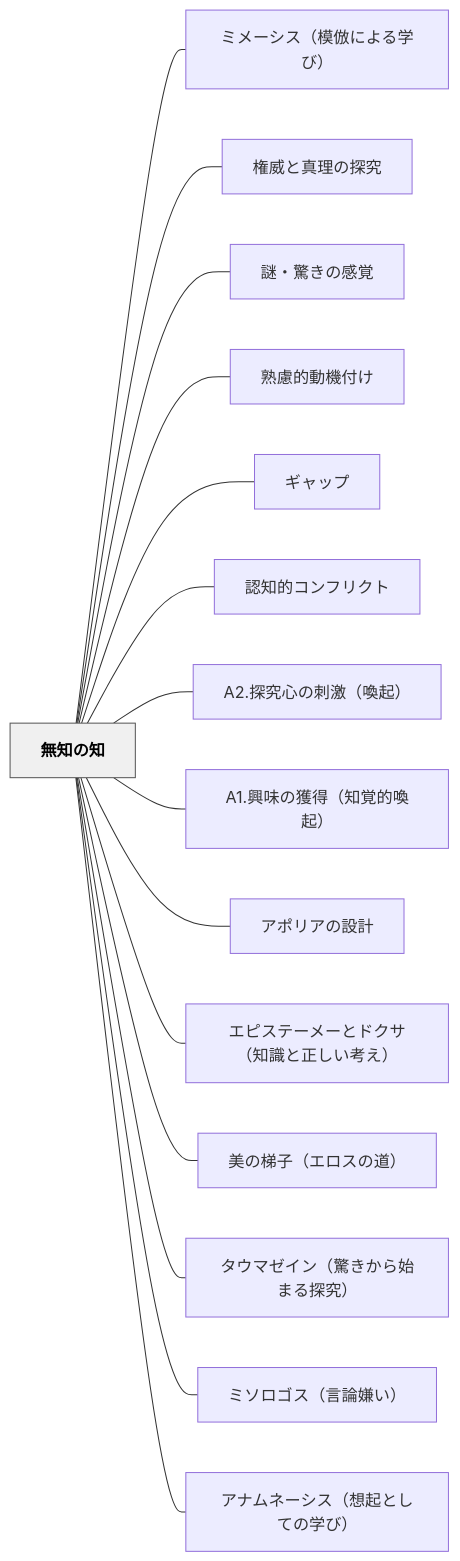
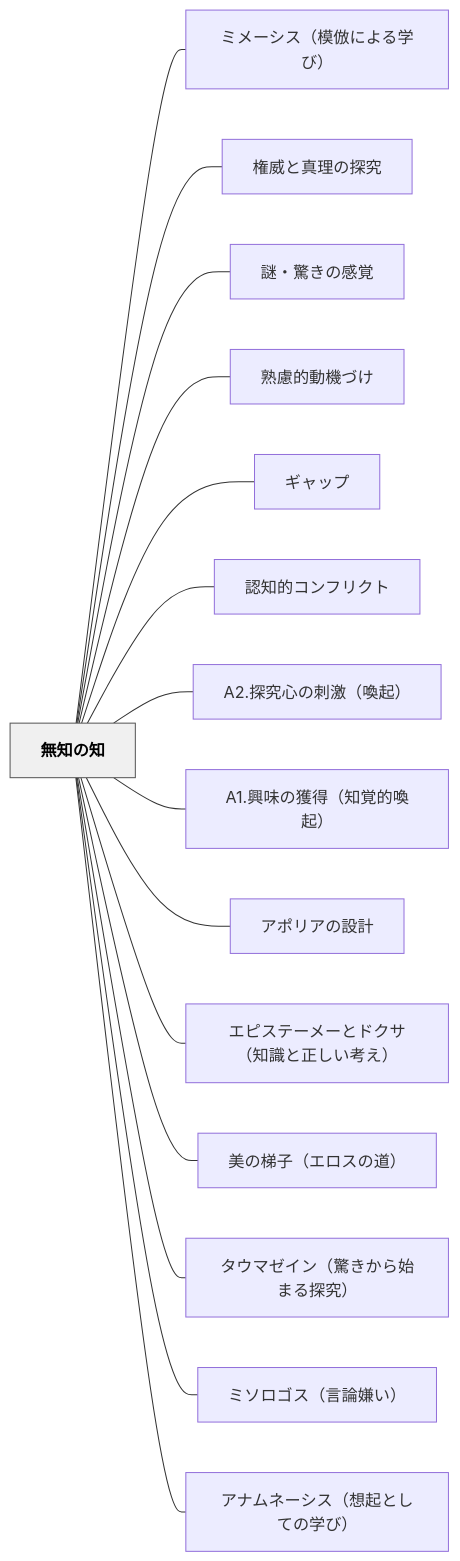
The diagram in content/パタン/無知の知.md (unknownthings-ed-patterns/unknownthings-ed-patterns), drawn with Mermaid before and after one commit. The commit also changed other lines of this file and 234 other files, not shown here.

````diff
--- a/content/パタン/無知の知.md
+++ b/content/パタン/無知の知.md
@@ -246,36 +246,36 @@
 ```mermaid
 flowchart LR
     ne784a1e79fa5e381aee79fa5["無知の知"]
     ne3839fe383a1e383bce382b7e382b9efbc88e6a8a1e580a3e381abe38288e3828be5ada6e381b3efbc89["ミメーシス（模倣による学び）"]
     ne6a8a9e5a881e381a8e79c9fe79086e381aee68ea2e7a9b6["権威と真理の探究"]
     ne8ac8ee383bbe9a99ae3818de381aee6849fe8a69a["謎・驚きの感覚"]
-    ne7869fe685aee79a84e58b95e6a99fe4bb98e38191["熟慮的動機付け"]
+    ne7869fe685aee79a84e58b95e6a99fe381a5e38191["熟慮的動機づけ"]
     ne382aee383a3e38383e38397["ギャップ"]
     ne8aa8de79fa5e79a84e382b3e383b3e38395e383aae382afe38388["認知的コンフリクト"]
     n41322ee68ea2e7a9b6e5bf83e381aee588bae6bf80efbc88e5969ae8b5b7efbc89["A2.探究心の刺激（喚起）"]
     n41312ee88888e591b3e381aee78db2e5be97efbc88e79fa5e8a69ae79a84e5969ae8b5b7efbc89["A1.興味の獲得（知覚的喚起）"]
     ne382a2e3839de383aae382a2e381aee8a8ade8a888["アポリアの設計"]
     ne382a8e38394e382b9e38386e383bce383a1e383bce381a8e38389e382afe382b5efbc88e79fa5e8ad98e381a8e6ada3e38197e38184e88083e38188efbc89["エピステーメーとドクサ（知識と正しい考え）"]
     ne7be8ee381aee6a2afe5ad90efbc88e382a8e383ade382b9e381aee98193efbc89["美の梯子（エロスの道）"]
     ne382bfe382a6e3839ee382bce382a4e383b3efbc88e9a99ae3818de3818be38289e5a78be381bee3828be68ea2e7a9b6efbc89["タウマゼイン（驚きから始まる探究）"]
     ne3839fe382bde383ade382b4e382b9efbc88e8a880e8ab96e5ab8ce38184efbc89["ミソロゴス（言論嫌い）"]
     ne382a2e3838ae383a0e3838de383bce382b7e382b9efbc88e683b3e8b5b7e381a8e38197e381a6e381aee5ada6e381b3efbc89["アナムネーシス（想起としての学び）"]
 
     ne784a1e79fa5e381aee79fa5 --- ne3839fe383a1e383bce382b7e382b9efbc88e6a8a1e580a3e381abe38288e3828be5ada6e381b3efbc89
     ne784a1e79fa5e381aee79fa5 --- ne6a8a9e5a881e381a8e79c9fe79086e381aee68ea2e7a9b6
     ne784a1e79fa5e381aee79fa5 --- ne8ac8ee383bbe9a99ae3818de381aee6849fe8a69a
-    ne784a1e79fa5e381aee79fa5 --- ne7869fe685aee79a84e58b95e6a99fe4bb98e38191
+    ne784a1e79fa5e381aee79fa5 --- ne7869fe685aee79a84e58b95e6a99fe381a5e38191
     ne784a1e79fa5e381aee79fa5 --- ne382aee383a3e38383e38397
     ne784a1e79fa5e381aee79fa5 --- ne8aa8de79fa5e79a84e382b3e383b3e38395e383aae382afe38388
     ne784a1e79fa5e381aee79fa5 --- n41322ee68ea2e7a9b6e5bf83e381aee588bae6bf80efbc88e5969ae8b5b7efbc89
     ne784a1e79fa5e381aee79fa5 --- n41312ee88888e591b3e381aee78db2e5be97efbc88e79fa5e8a69ae79a84e5969ae8b5b7efbc89
     ne784a1e79fa5e381aee79fa5 --- ne382a2e3839de383aae382a2e381aee8a8ade8a888
     ne784a1e79fa5e381aee79fa5 --- ne382a8e38394e382b9e38386e383bce383a1e383bce381a8e38389e382afe382b5efbc88e79fa5e8ad98e381a8e6ada3e38197e38184e88083e38188efbc89
     ne784a1e79fa5e381aee79fa5 --- ne7be8ee381aee6a2afe5ad90efbc88e382a8e383ade382b9e381aee98193efbc89
     ne784a1e79fa5e381aee79fa5 --- ne382bfe382a6e3839ee382bce382a4e383b3efbc88e9a99ae3818de3818be38289e5a78be381bee3828be68ea2e7a9b6efbc89
     ne784a1e79fa5e381aee79fa5 --- ne3839fe382bde383ade382b4e382b9efbc88e8a880e8ab96e5ab8ce38184efbc89
     ne784a1e79fa5e381aee79fa5 --- ne382a2e3838ae383a0e3838de383bce382b7e382b9efbc88e683b3e8b5b7e381a8e38197e381a6e381aee5ada6e381b3efbc89
 
     classDef hub fill:#f0f0f0,stroke:#555,color:#000,font-weight:bold
     class ne784a1e79fa5e381aee79fa5 hub
 ```
````
